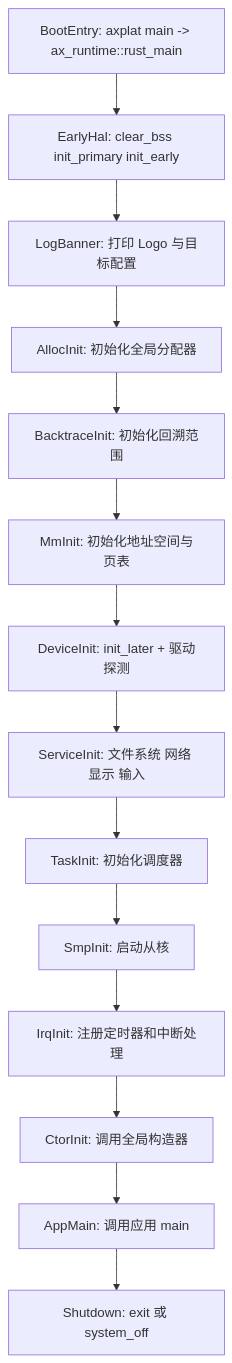
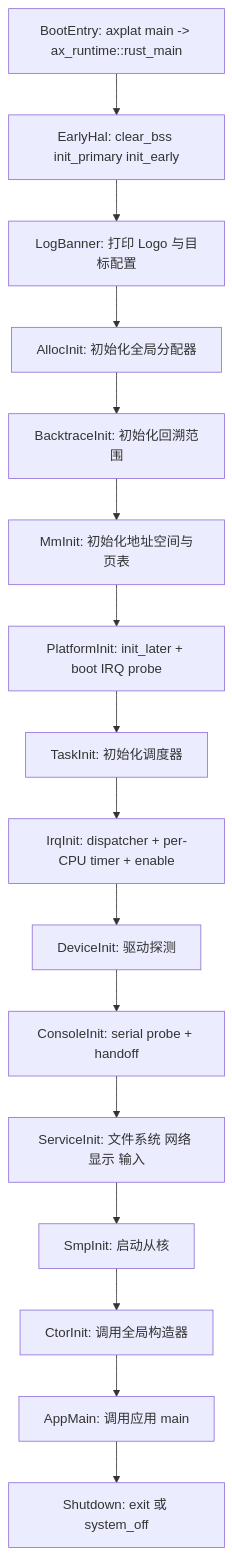
Before and after one commit to 451846939/tgoskits: the fifth of 5 diagrams in docs/docs/architecture/arceos/overview.md, drawn with Mermaid. The commit also changed other lines of this file and 130 other files, not shown here.

````diff
--- a/docs/docs/architecture/arceos/overview.md
+++ b/docs/docs/architecture/arceos/overview.md
@@ -219,31 +227,35 @@
 ```mermaid
 flowchart TD
     bootEntry["BootEntry: axplat main -> ax_runtime::rust_main"]
     earlyHal["EarlyHal: clear_bss init_primary init_early"]
     logBanner["LogBanner: 打印 Logo 与目标配置"]
     allocInit["AllocInit: 初始化全局分配器"]
     backtraceInit["BacktraceInit: 初始化回溯范围"]
     mmInit["MmInit: 初始化地址空间与页表"]
-    deviceInit["DeviceInit: init_later + 驱动探测"]
+    platformInit["PlatformInit: init_later + boot IRQ probe"]
+    taskInit["TaskInit: 初始化调度器"]
+    irqInit["IrqInit: dispatcher + per-CPU timer + enable"]
+    deviceInit["DeviceInit: 驱动探测"]
+    consoleInit["ConsoleInit: serial probe + handoff"]
     serviceInit["ServiceInit: 文件系统 网络 显示 输入"]
-    taskInit["TaskInit: 初始化调度器"]
     smpInit["SmpInit: 启动从核"]
-    irqInit["IrqInit: 注册定时器和中断处理"]
     ctorInit["CtorInit: 调用全局构造器"]
     appMain["AppMain: 调用应用 main"]
     shutdown["Shutdown: exit 或 system_off"]
 
     bootEntry --> earlyHal
     earlyHal --> logBanner
     logBanner --> allocInit
     allocInit --> backtraceInit
     backtraceInit --> mmInit
-    mmInit --> deviceInit
-    deviceInit --> serviceInit
-    serviceInit --> taskInit
-    taskInit --> smpInit
-    smpInit --> irqInit
-    irqInit --> ctorInit
+    mmInit --> platformInit
+    platformInit --> taskInit
+    taskInit --> irqInit
+    irqInit --> deviceInit
+    deviceInit --> consoleInit
+    consoleInit --> serviceInit
+    serviceInit --> smpInit
+    smpInit --> ctorInit
     ctorInit --> appMain
     appMain --> shutdown
 ```
````
